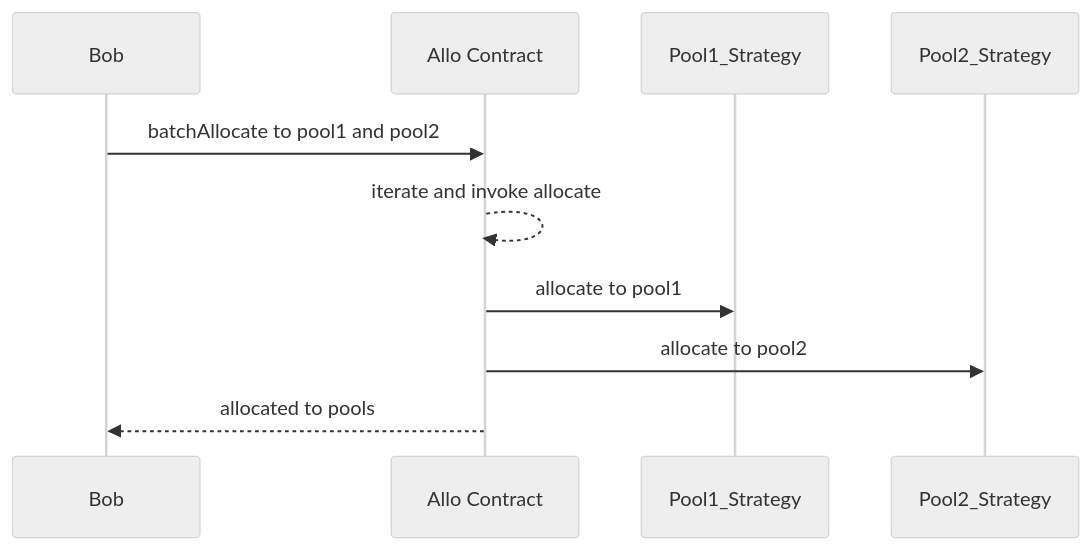
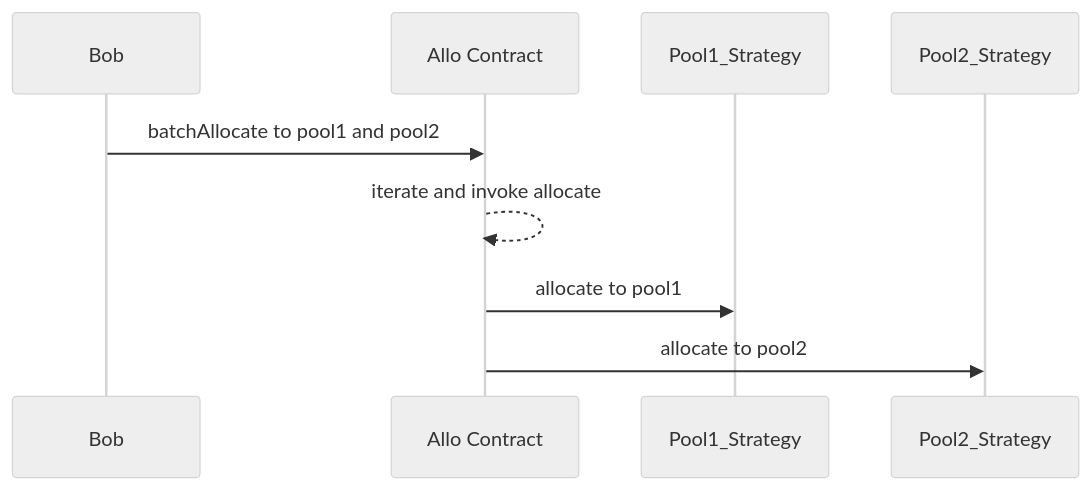
The seventh of 8 diagrams in contracts/readme/Allo.md (allo-protocol/allo-v2), drawn with Mermaid (neutral theme) before and after one commit. The commit also changed other lines of this file, not shown here.

````diff
--- a/contracts/readme/Allo.md
+++ b/contracts/readme/Allo.md
@@ -247,13 +248,12 @@
 ```mermaid
 sequenceDiagram
     participant Bob as Bob
     participant Allo as Allo Contract
     participant Pool1_Strategy as Pool1_Strategy
     participant Pool2_Strategy as Pool2_Strategy
 
     Bob->>Allo: batchAllocate to pool1 and pool2
     Allo-->>Allo: iterate and invoke allocate
     Allo->>Pool1_Strategy: allocate to pool1
     Allo->>Pool2_Strategy: allocate to pool2
-    Allo-->>Bob: allocated to pools
 ```
````
